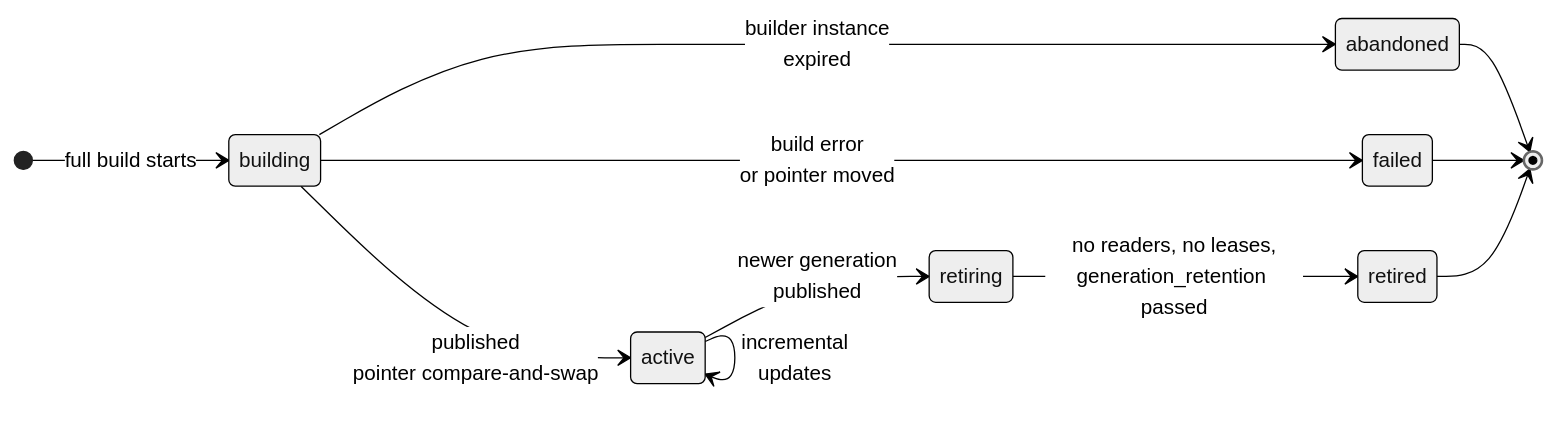
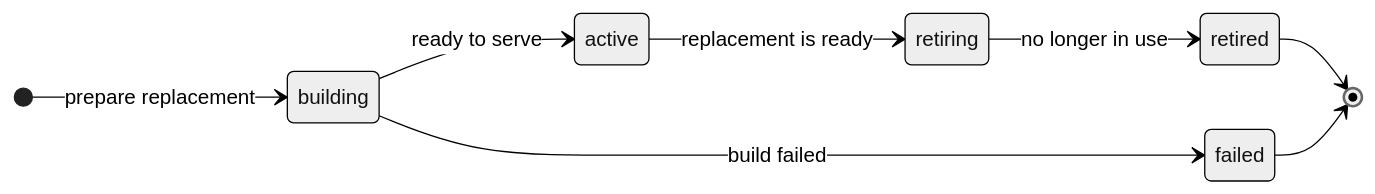
Before and after one commit to smuniharish/retrievalloom: the diagram in diagrams/generation-states.mmd, drawn with Mermaid (neutral theme). The commit also changed 57 other files, not shown here.

```diff
--- a/diagrams/generation-states.mmd
+++ b/diagrams/generation-states.mmd
@@ -1,12 +1,9 @@
 stateDiagram-v2
     direction LR
-    [*] --> building: full build starts
-    building --> active: published<br/>pointer compare-and-swap
-    building --> failed: build error<br/>or pointer moved
-    building --> abandoned: builder instance<br/>expired
-    active --> active: incremental<br/>updates
-    active --> retiring: newer generation<br/>published
-    retiring --> retired: no readers, no leases,<br/>generation_retention passed
+    [*] --> building: prepare replacement
+    building --> active: ready to serve
+    building --> failed: build failed
+    active --> retiring: replacement is ready
+    retiring --> retired: no longer in use
     retired --> [*]
     failed --> [*]
-    abandoned --> [*]
```
